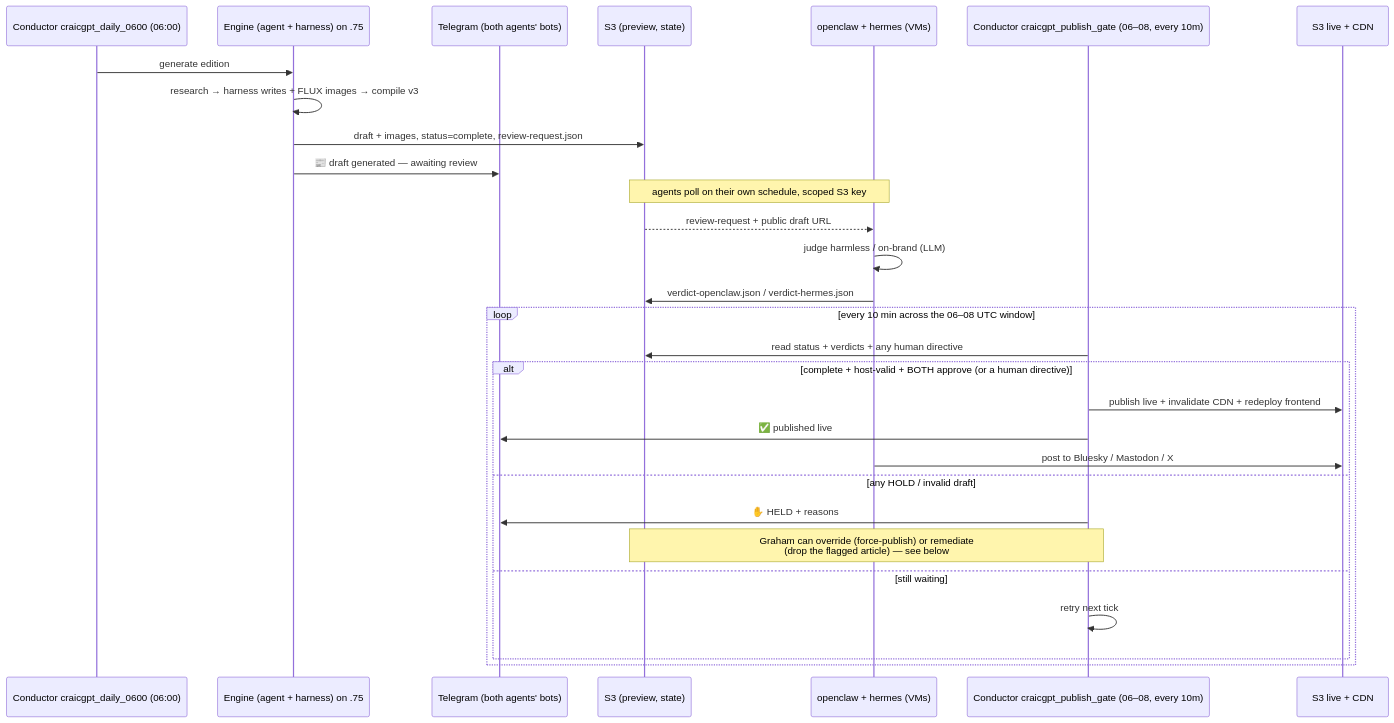
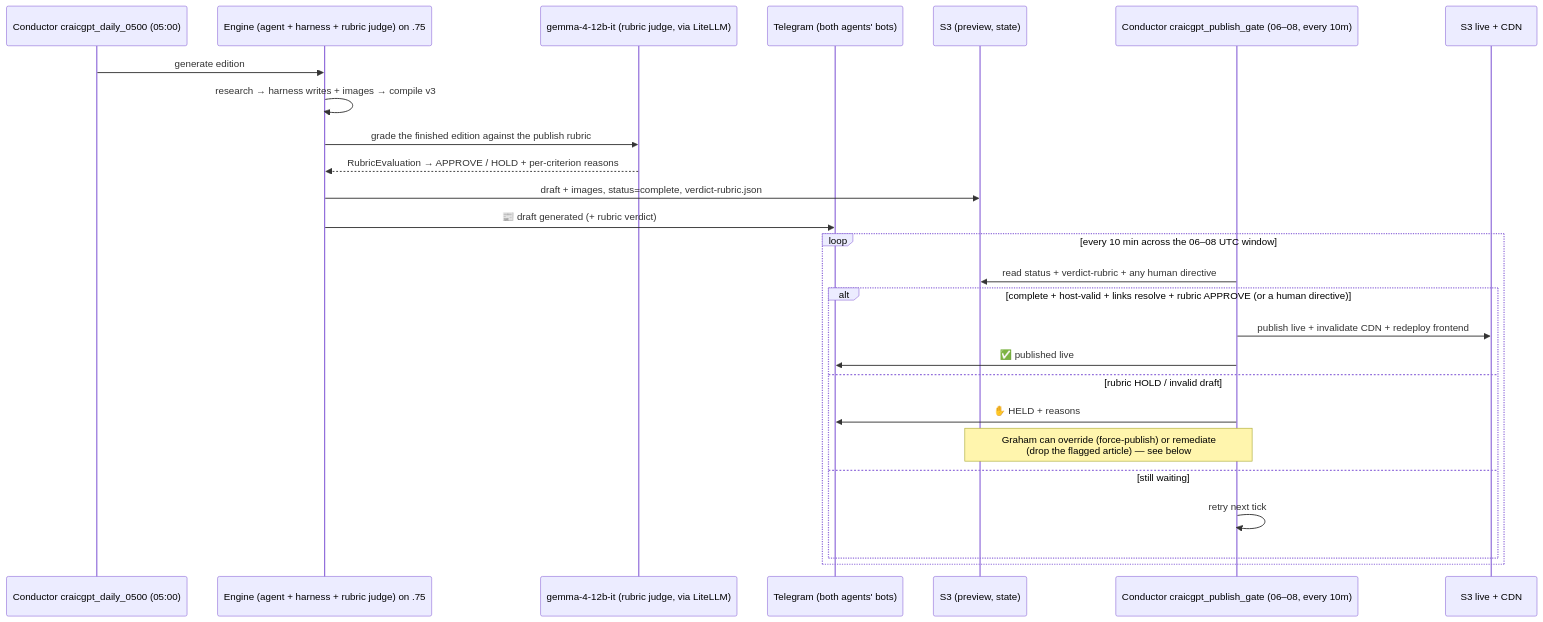
Before and after one commit to allthingsclowd/craicgpt.ie: the second of 2 diagrams in README.md, drawn with Mermaid. The commit also changed other lines of this file and 7 other files, not shown here.

First line of the commit message:
feat(review): independent gemma rubric judge + architecture docs rewrite

````diff
--- a/README.md
+++ b/README.md
@@ -134,32 +140,29 @@
 ```mermaid
 sequenceDiagram
-    participant T1 as Conductor craicgpt_daily_0600 (06:00)
-    participant E as Engine (agent + harness) on .75
+    participant T1 as Conductor craicgpt_daily_0500 (05:00)
+    participant E as Engine (agent + harness + rubric judge) on .75
+    participant G as gemma-4-12b-it (rubric judge, via LiteLLM)
     participant TG as Telegram (both agents' bots)
     participant S as S3 (preview, state)
-    participant OA as openclaw + hermes (VMs)
     participant T2 as Conductor craicgpt_publish_gate (06–08, every 10m)
     participant L as S3 live + CDN
 
     T1->>E: generate edition
-    E->>E: research → harness writes + FLUX images → compile v3
-    E->>S: draft + images, status=complete, review-request.json
-    E->>TG: 📰 draft generated — awaiting review
-    Note over OA,S: agents poll on their own schedule, scoped S3 key
-    S-->>OA: review-request + public draft URL
-    OA->>OA: judge harmless / on-brand (LLM)
-    OA->>S: verdict-openclaw.json / verdict-hermes.json
+    E->>E: research → harness writes + images → compile v3
+    E->>G: grade the finished edition against the publish rubric
+    G-->>E: RubricEvaluation → APPROVE / HOLD + per-criterion reasons
+    E->>S: draft + images, status=complete, verdict-rubric.json
+    E->>TG: 📰 draft generated (+ rubric verdict)
     loop every 10 min across the 06–08 UTC window
-        T2->>S: read status + verdicts + any human directive
-        alt complete + host-valid + BOTH approve  (or a human directive)
+        T2->>S: read status + verdict-rubric + any human directive
+        alt complete + host-valid + links resolve + rubric APPROVE  (or a human directive)
             T2->>L: publish live + invalidate CDN + redeploy frontend
             T2->>TG: ✅ published live
-            OA->>L: post to Bluesky / Mastodon / X
-        else any HOLD / invalid draft
+        else rubric HOLD / invalid draft
             T2->>TG: ✋ HELD + reasons
             Note over T2,S: Graham can override (force-publish) or remediate<br/>(drop the flagged article) — see below
         else still waiting
             T2->>T2: retry next tick
         end
     end
 ```
````
